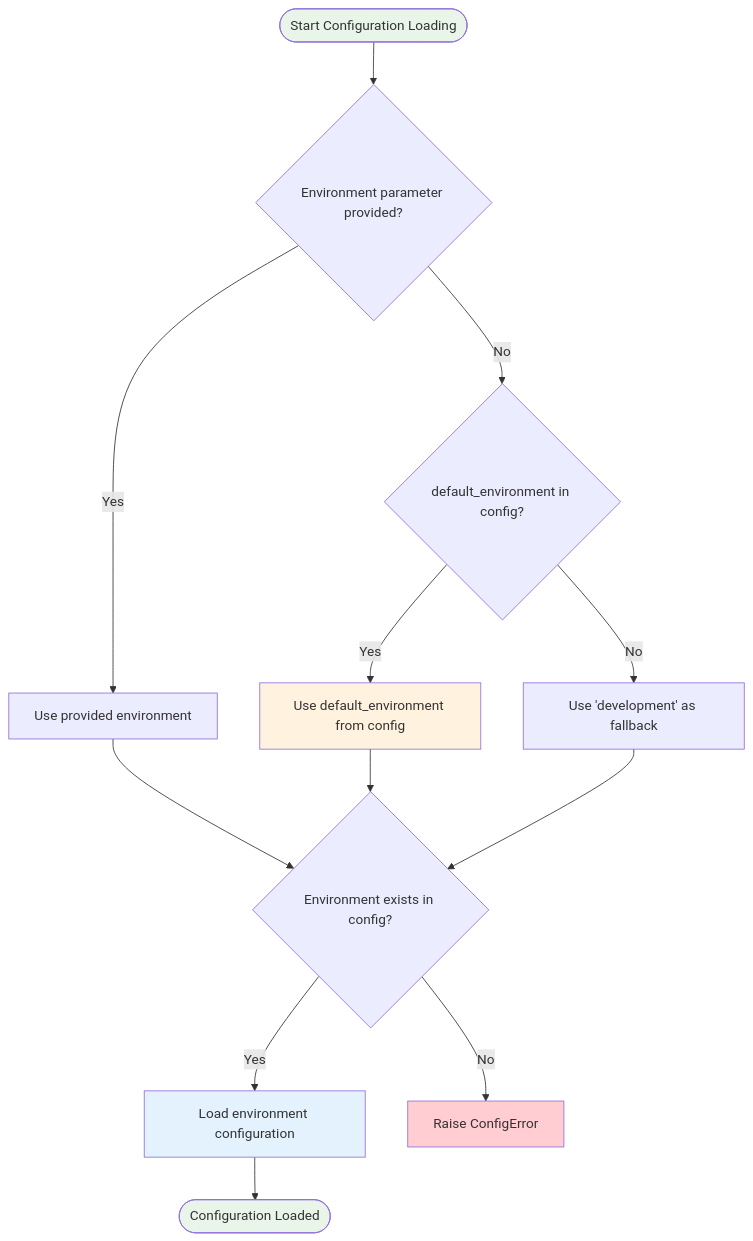
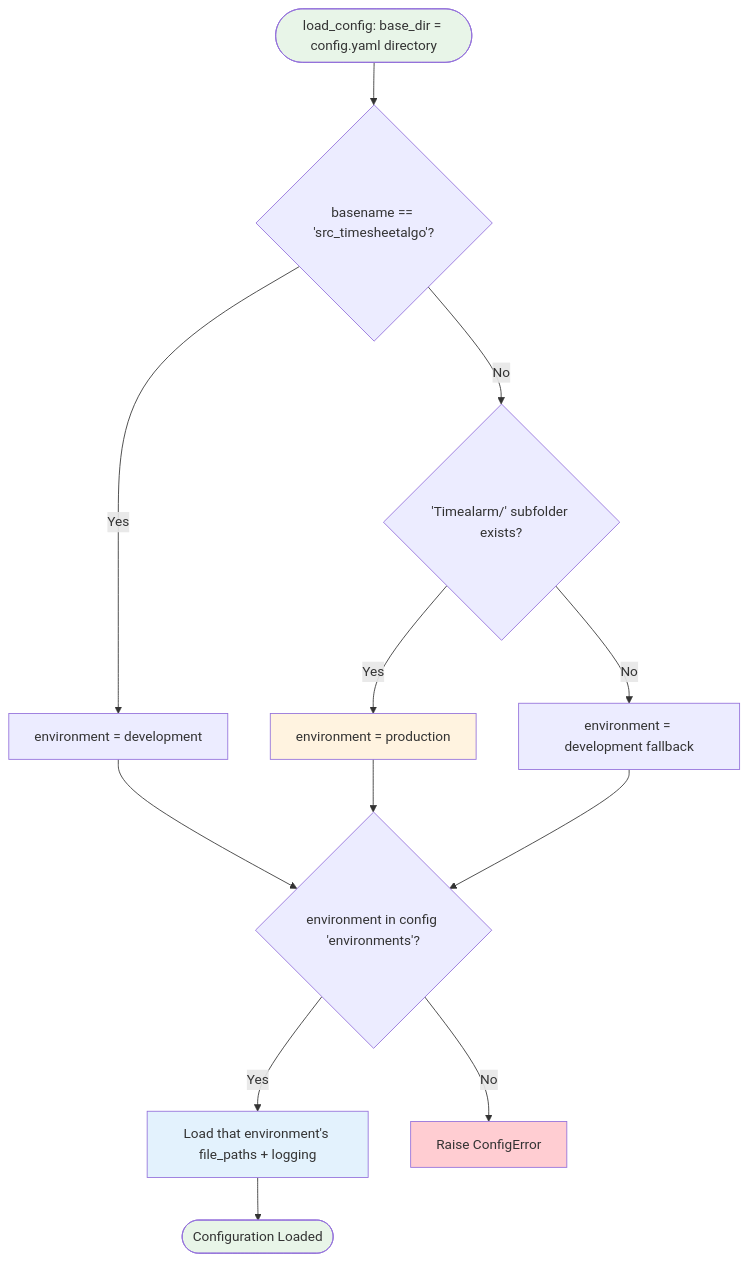
The eighth of 12 diagrams in doc/ARCHITECTURE.md (DedeHa/TimeSheet), drawn with Mermaid before and after one commit. The commit also changed other lines of this file and 7 other files, not shown here.

First line of the commit message:
docs: align docs with new test architecture

````diff
--- a/doc/ARCHITECTURE.md
+++ b/doc/ARCHITECTURE.md
@@ -209,40 +308,37 @@
 ```mermaid
 flowchart TD
-    START([Start Configuration Loading])
+    START([load_config: base_dir = config.yaml directory])
 
-    CHECK_PARAM{Environment parameter provided?}
-    USE_PARAM[Use provided environment]
+    Q1{basename == 'src_timesheetalgo'?}
+    DEV1[environment = development]
+    Q2{'Timealarm/' subfolder exists?}
+    PROD[environment = production]
+    DEV2[environment = development fallback]
 
-    CHECK_DEFAULT{default_environment in config?}
-    USE_DEFAULT[Use default_environment from config]
-    USE_DEV[Use 'development' as fallback]
-
-    VALIDATE{Environment exists in config?}
-    LOAD_ENV[Load environment configuration]
+    VALIDATE{environment in config 'environments'?}
+    LOAD_ENV[Load that environment's file_paths + logging]
     RAISE_ERROR[Raise ConfigError]
 
     END([Configuration Loaded])
 
-    START --> CHECK_PARAM
+    START --> Q1
+    Q1 -->|Yes| DEV1
+    Q1 -->|No| Q2
+    Q2 -->|Yes| PROD
+    Q2 -->|No| DEV2
 
-    CHECK_PARAM -->|Yes| USE_PARAM
-    CHECK_PARAM -->|No| CHECK_DEFAULT
-
-    CHECK_DEFAULT -->|Yes| USE_DEFAULT
-    CHECK_DEFAULT -->|No| USE_DEV
-
-    USE_PARAM --> VALIDATE
-    USE_DEFAULT --> VALIDATE
-    USE_DEV --> VALIDATE
+    DEV1 --> VALIDATE
+    PROD --> VALIDATE
+    DEV2 --> VALIDATE
 
     VALIDATE -->|Yes| LOAD_ENV
     VALIDATE -->|No| RAISE_ERROR
 
     LOAD_ENV --> END
 
     style START fill:#e8f5e8
     style END fill:#e8f5e8
     style RAISE_ERROR fill:#ffcdd2
     style LOAD_ENV fill:#e3f2fd
-    style USE_DEFAULT fill:#fff3e0
+    style PROD fill:#fff3e0
 ```
````
